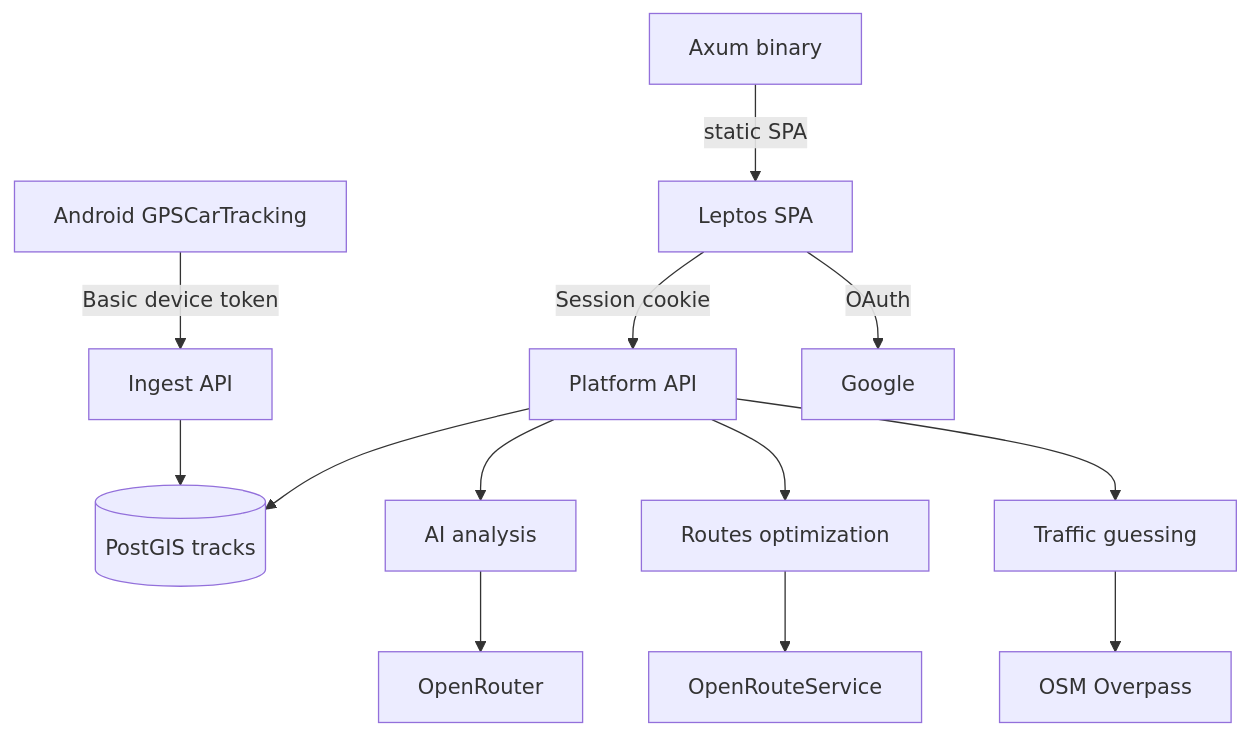
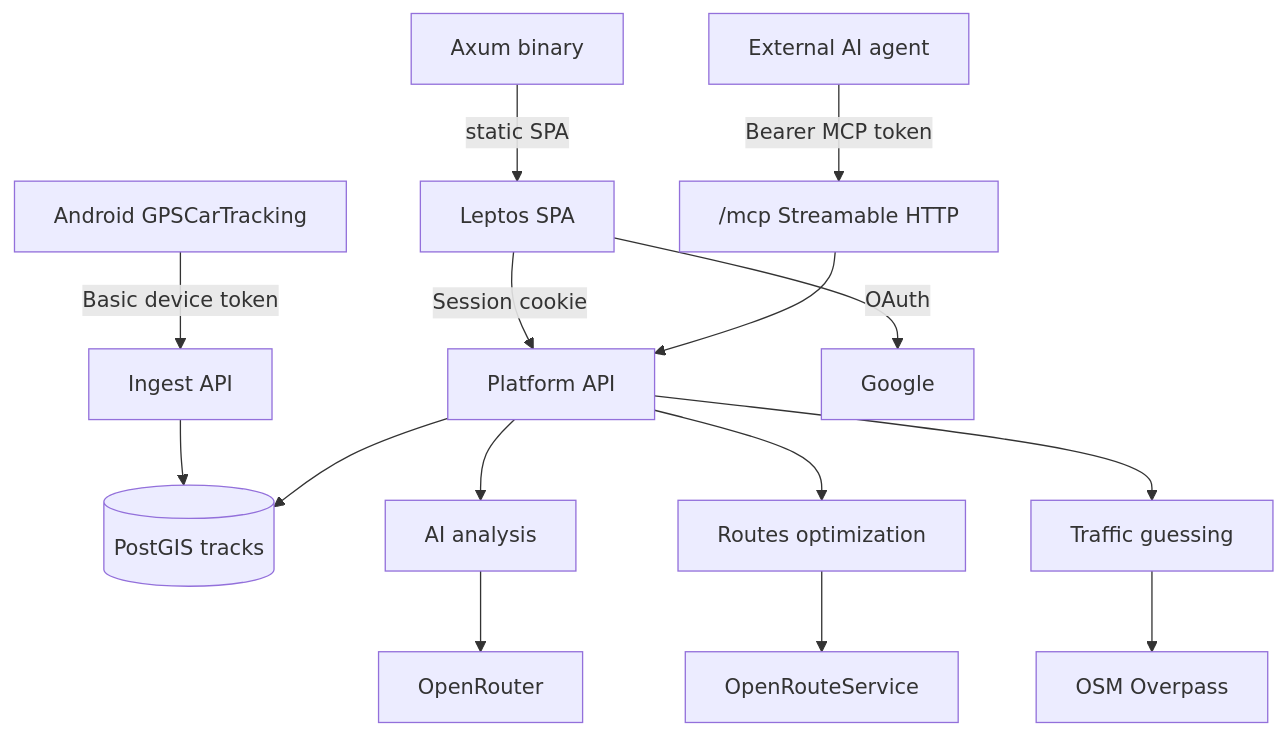
Before and after one commit to lfdominguez/my-car-tracking-platform: the diagram in README.md, drawn with Mermaid. The commit also changed other lines of this file and 21 other files, not shown here.

First line of the commit message:
feat: add per-user MCP server for external AI agents

````diff
--- a/README.md
+++ b/README.md
@@ -47,15 +48,17 @@
 ```mermaid
 flowchart TD
     Phone[Android GPSCarTracking] -->|Basic device token| Ingest[Ingest API]
     Browser[Leptos SPA] -->|Session cookie| Platform[Platform API]
     Browser -->|OAuth| Google[Google]
+    Agent[External AI agent] -->|Bearer MCP token| MCP["/mcp Streamable HTTP"]
     Ingest --> Tracks[(PostGIS tracks)]
     Platform --> Tracks
+    MCP --> Platform
     Platform --> AI[AI analysis]
     Platform --> Routes[Routes optimization]
     Platform --> Traffic[Traffic guessing]
     AI --> OpenRouter[OpenRouter]
     Routes --> ORS[OpenRouteService]
     Traffic --> Overpass[OSM Overpass]
     Server[Axum binary] -->|static SPA| Browser
 ```
````
